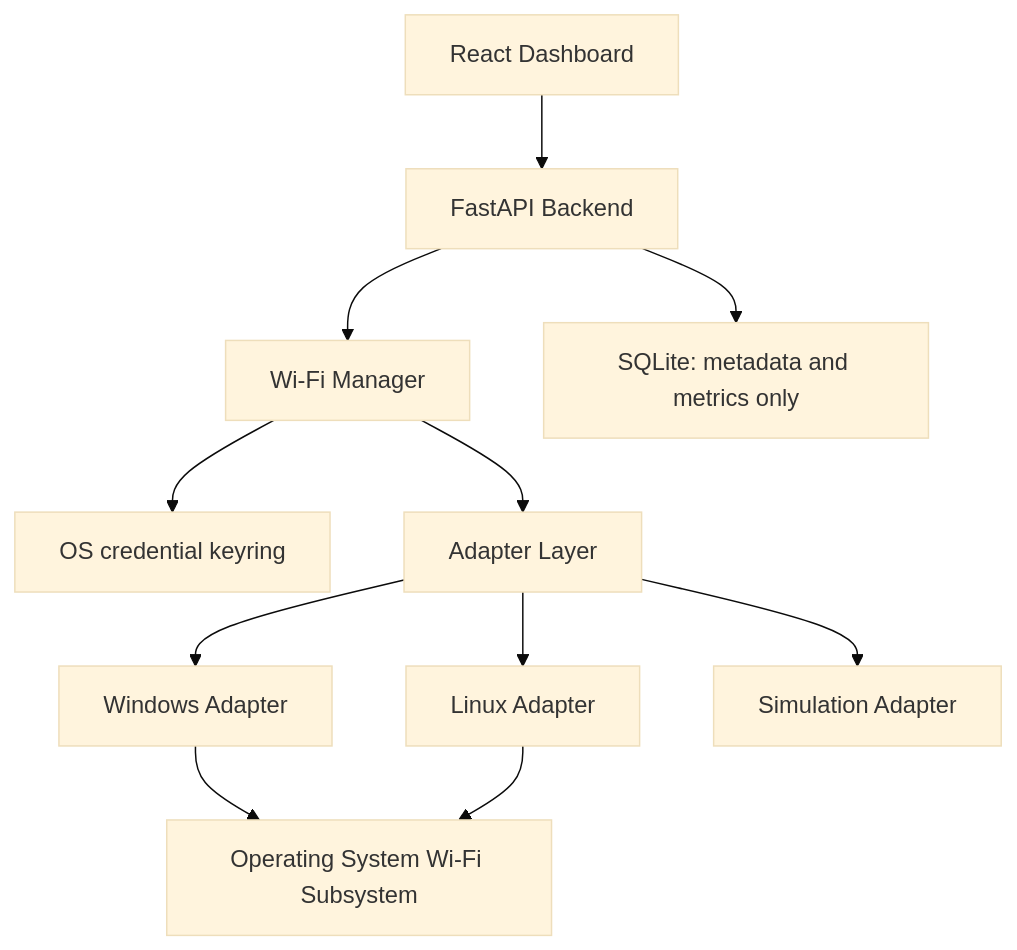
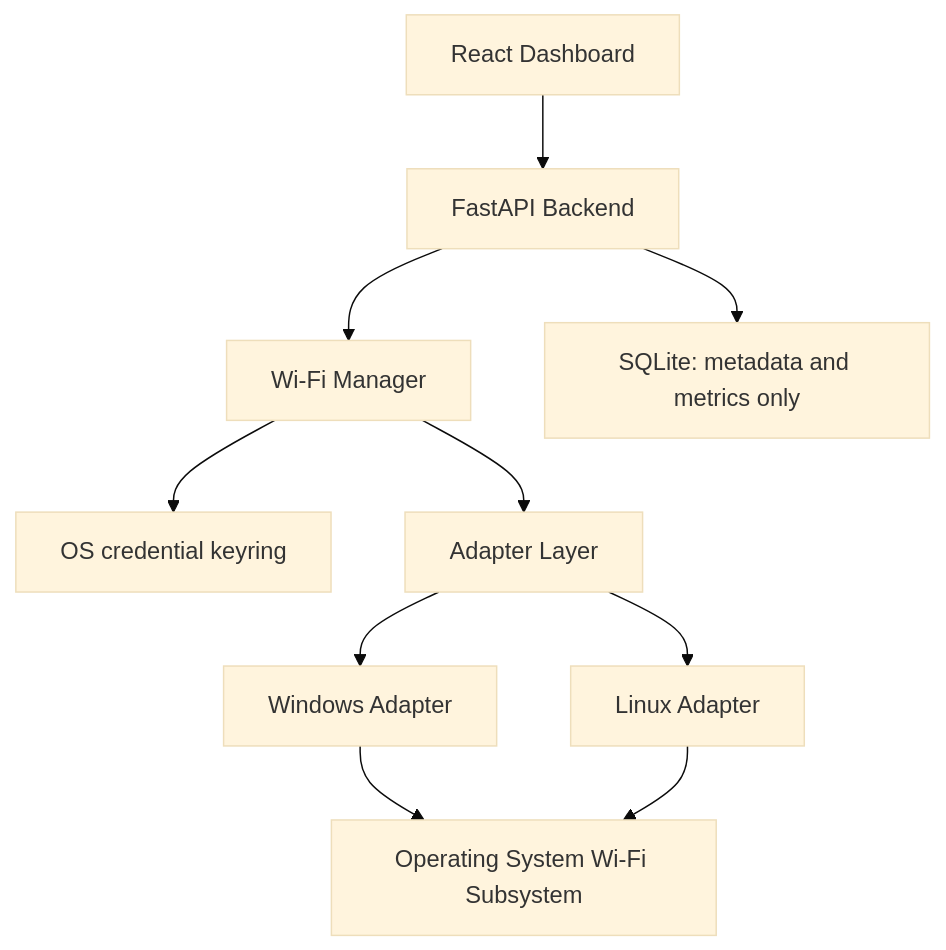
Before and after one commit to krishnacode120/WiFiSense: the diagram in README.md, drawn with Mermaid (base theme). The commit also changed other lines of this file and 24 other files, not shown here.

````diff
--- a/README.md
+++ b/README.md
@@ -27,13 +27,12 @@
 ```mermaid
 graph TD
     A[React Dashboard] --> B[FastAPI Backend]
     B --> C[Wi-Fi Manager]
     B --> D[SQLite: metadata and metrics only]
     C --> K[OS credential keyring]
     C --> E[Adapter Layer]
     E --> F[Windows Adapter]
     E --> G[Linux Adapter]
-    E --> H[Simulation Adapter]
     F --> I[Operating System Wi-Fi Subsystem]
     G --> I
 ```
````
